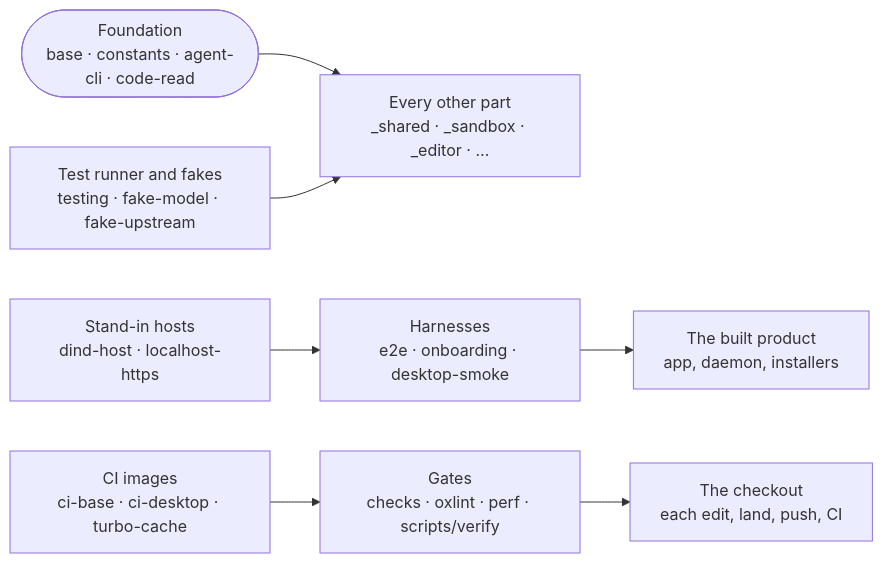
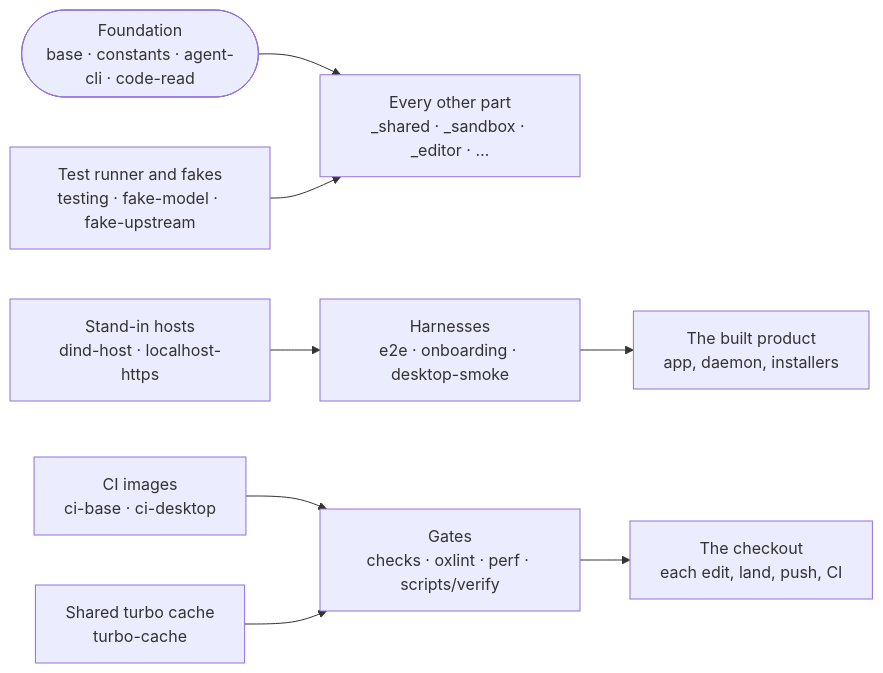
One commit to intentic/intentic changed the diagram in _tools/README.md. Above: the diagram before and after it, drawn with Mermaid. The commit also changed other lines of this file and 25 other files, not shown here.

First line of the commit message:
feat(turbo-cache): replay sandbox typechecks in CI

````diff
--- a/_tools/README.md
+++ b/_tools/README.md
@@ -5,9 +5,10 @@
 ```mermaid
 flowchart LR
     foundation(["Foundation<br/>base · constants · agent-cli · code-read"]) --> parts["Every other part<br/>_shared · _sandbox · _editor · …"]
     suites["Test runner and fakes<br/>testing · fake-model · fake-upstream"] --> parts
     harnesses["Harnesses<br/>e2e · onboarding · desktop-smoke"] --> product["The built product<br/>app, daemon, installers"]
     standins["Stand-in hosts<br/>dind-host · localhost-https"] --> harnesses
     gates["Gates<br/>checks · oxlint · perf · scripts/verify"] --> checkout["The checkout<br/>each edit, land, push, CI"]
-    images["CI images<br/>ci-base · ci-desktop · turbo-cache"] --> gates
+    images["CI images<br/>ci-base · ci-desktop"] --> gates
+    cache["Shared turbo cache<br/>turbo-cache"] --> gates
 ```
````
